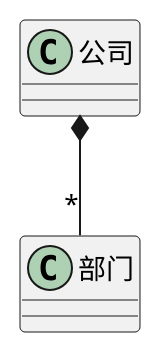
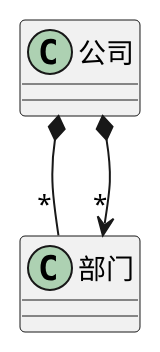
Before and after one commit to TigerWFH/webapp: the fourth of 11 diagrams in doc/webpack/OOA-OOD.md, drawn with PlantUML. The commit also changed other lines of this file, not shown here.

Commit message:
feat：重新梳理UML静态类图关系 1、带箭头是单向；没有箭头是双向的

````diff
--- a/doc/webpack/OOA-OOD.md
+++ b/doc/webpack/OOA-OOD.md
@@ -58,5 +65,6 @@
 ```plantuml
 @startuml 公司组合部门
 公司 *-- "*" 部门
+公司 *--> "*" 部门
 @enduml
 ```
````
